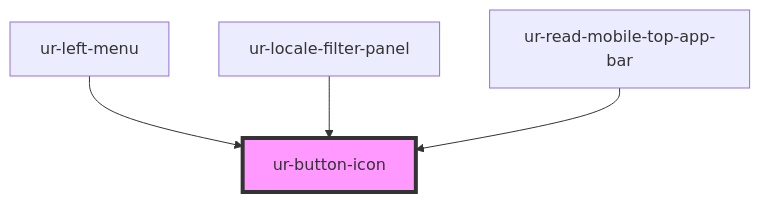
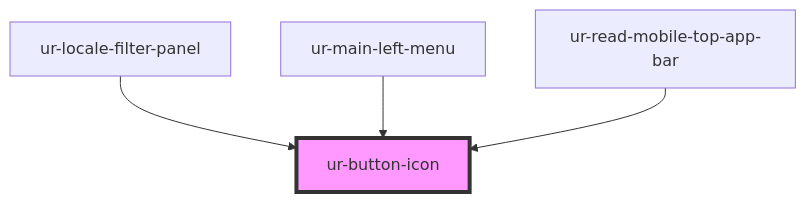
The diagram in src/components/ur-button-icon/readme.md (hellish/urnovl-web-components), drawn with Mermaid before and after one commit. The commit also changed other lines of this file and 86 other files, not shown here.

````diff
--- a/src/components/ur-button-icon/readme.md
+++ b/src/components/ur-button-icon/readme.md
@@ -29,7 +29,7 @@
 ```mermaid
 graph TD;
-  ur-left-menu --> ur-button-icon
   ur-locale-filter-panel --> ur-button-icon
+  ur-main-left-menu --> ur-button-icon
   ur-read-mobile-top-app-bar --> ur-button-icon
   style ur-button-icon fill:#f9f,stroke:#333,stroke-width:4px
 ```
````
